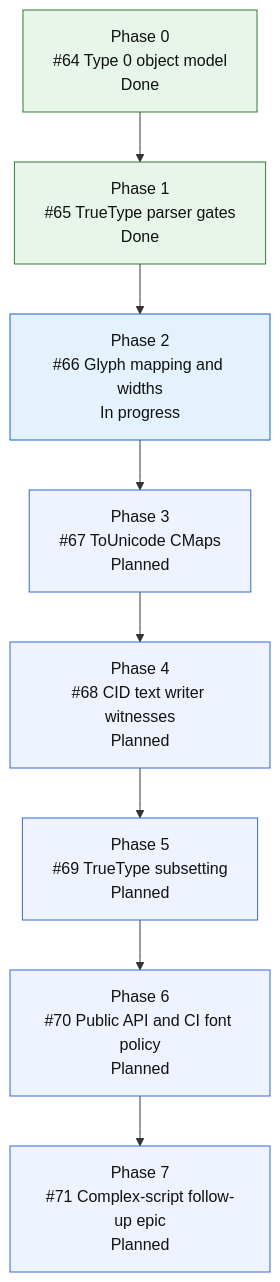
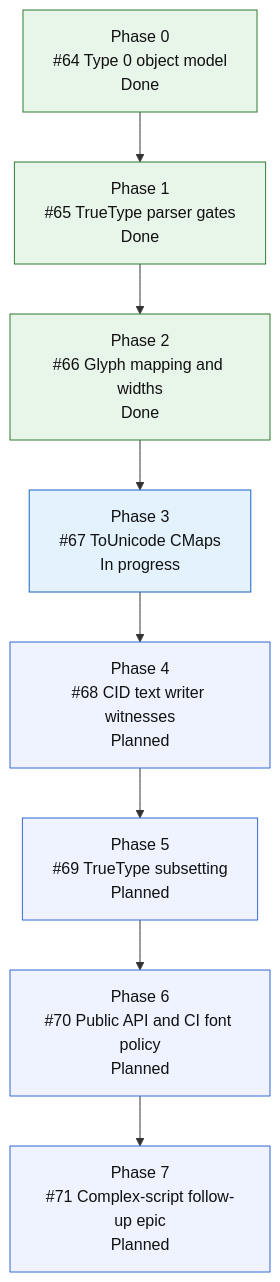
Before and after one commit to mihaelamj/MarkdownPDF: the third of 3 diagrams in README.md, drawn with Mermaid. The commit also changed 5 other files, not shown here.

````diff
--- a/README.md
+++ b/README.md
@@ -243,22 +243,22 @@
 ```mermaid
 flowchart TD
     E0["Phase 0<br/>#64 Type 0 object model<br/>Done"]
     E1["Phase 1<br/>#65 TrueType parser gates<br/>Done"]
-    E2["Phase 2<br/>#66 Glyph mapping and widths<br/>In progress"]
-    E3["Phase 3<br/>#67 ToUnicode CMaps<br/>Planned"]
+    E2["Phase 2<br/>#66 Glyph mapping and widths<br/>Done"]
+    E3["Phase 3<br/>#67 ToUnicode CMaps<br/>In progress"]
     E4["Phase 4<br/>#68 CID text writer witnesses<br/>Planned"]
     E5["Phase 5<br/>#69 TrueType subsetting<br/>Planned"]
     E6["Phase 6<br/>#70 Public API and CI font policy<br/>Planned"]
     E7["Phase 7<br/>#71 Complex-script follow-up epic<br/>Planned"]
 
     E0 --> E1 --> E2 --> E3 --> E4 --> E5 --> E6 --> E7
 
     classDef done fill:#e8f5e9,stroke:#2e7d32,color:#111;
     classDef active fill:#e3f2fd,stroke:#1565c0,color:#111;
     classDef review fill:#f3e5f5,stroke:#7b1fa2,color:#111;
     classDef next fill:#fff8e1,stroke:#f9a825,color:#111;
     classDef todo fill:#eef3ff,stroke:#3367d6,color:#111;
-    class E0,E1 done;
-    class E2 active;
-    class E3,E4,E5,E6,E7 todo;
+    class E0,E1,E2 done;
+    class E3 active;
+    class E4,E5,E6,E7 todo;
 ```
````
